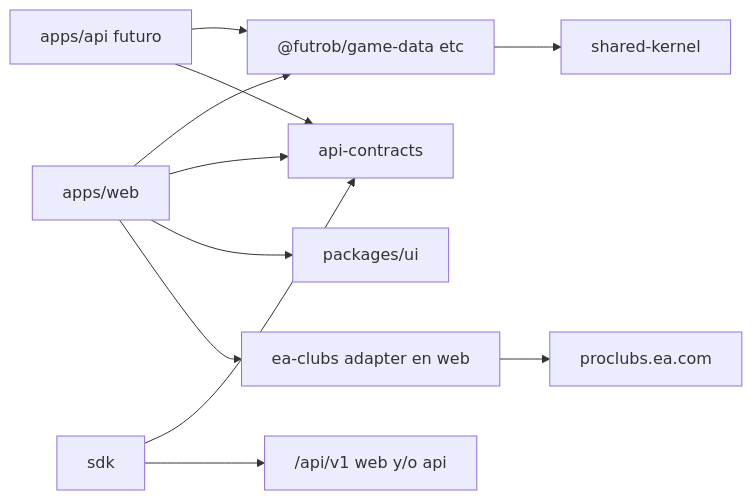
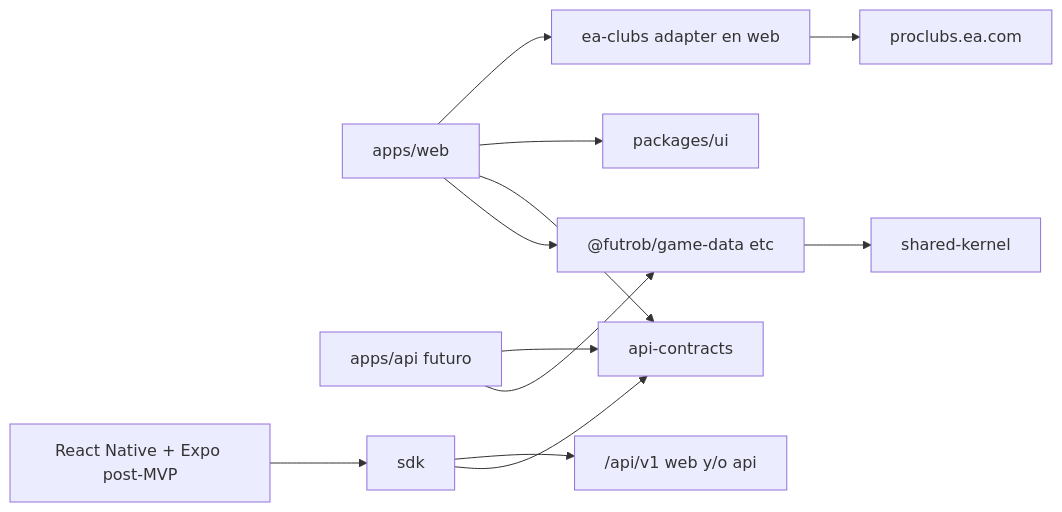
The diagram in docs/architecture/packages-and-sdk.md (thedavos/futrob), drawn with Mermaid before and after one commit. The commit also changed other lines of this file and 26 other files, not shown here.

First line of the commit message:
chore(sdk): Drop Dart SDK for React Native Expo

````diff
--- a/docs/architecture/packages-and-sdk.md
+++ b/docs/architecture/packages-and-sdk.md
@@ -51,13 +51,14 @@
 ```mermaid
 flowchart LR
   Web["apps/web"] --> BCs["@futrob/game-data etc"]
   Api["apps/api futuro"] --> BCs
   Web --> Contracts["api-contracts"]
   Api --> Contracts
   Web --> UI["packages/ui"]
   SdkTs["sdk"] --> Contracts
   SdkTs --> ApiV1["/api/v1 web y/o api"]
+  Expo["React Native + Expo post-MVP"] --> SdkTs
   BCs --> Kernel["shared-kernel"]
   EaAdapter["ea-clubs adapter en web"] --> EaHttp["proclubs.ea.com"]
   Web --> EaAdapter
 ```
````
